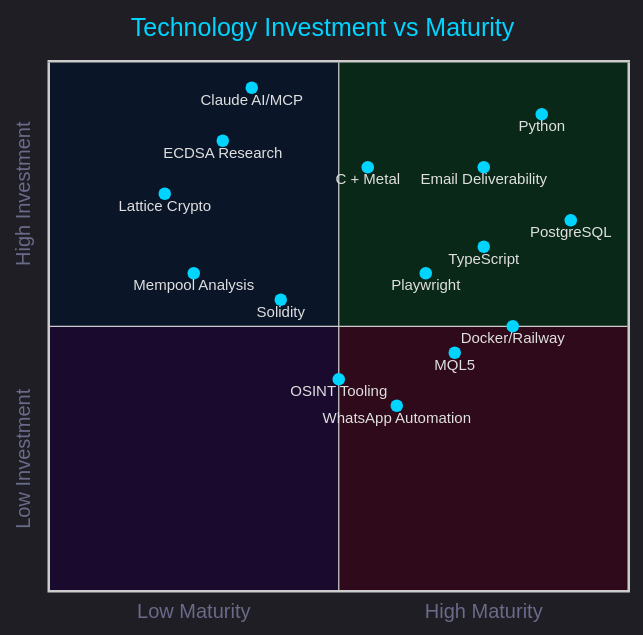
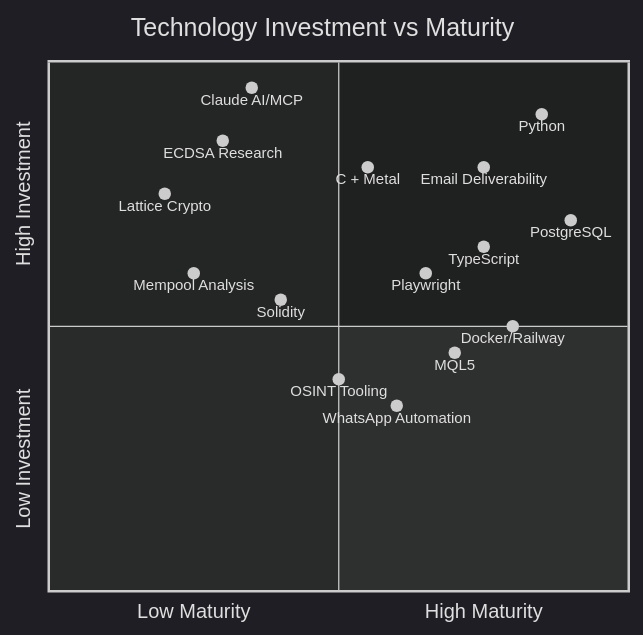
One commit to MatheusAgueda/MatheusAgueda changed the ninth of 16 diagrams in README.md. Above: the diagram before and after it, drawn with Mermaid. The commit also changed other lines of this file, not shown here.

First line of the commit message:
fix: remove dark classDef fills + replace block-beta — fix Mermaid rendering bugs

````diff
--- a/README.md
+++ b/README.md
@@ -790,23 +776,23 @@
 ```mermaid
-%%{init: {'theme': 'dark', 'themeVariables': {'quadrant1Fill': '#0a2818', 'quadrant2Fill': '#0a1628', 'quadrant3Fill': '#1a0a2e', 'quadrant4Fill': '#2e0a1a', 'quadrant1TextFill': '#00ff41', 'quadrant2TextFill': '#00D4FF', 'quadrant3TextFill': '#BD00FF', 'quadrant4TextFill': '#FF2D95', 'quadrantPointFill': '#00D4FF', 'quadrantPointTextFill': '#e0e0e0', 'quadrantXAxisTextFill': '#6a6a8a', 'quadrantYAxisTextFill': '#6a6a8a', 'quadrantTitleFill': '#00D4FF'}}}%%
+%%{init: {'theme': 'dark'}}%%
 quadrantChart
     title Technology Investment vs Maturity
     x-axis Low Maturity --> High Maturity
     y-axis Low Investment --> High Investment
 
     Python: [0.85, 0.90]
     TypeScript: [0.75, 0.65]
     C + Metal: [0.55, 0.80]
     MQL5: [0.70, 0.45]
     Solidity: [0.40, 0.55]
     PostgreSQL: [0.90, 0.70]
     Claude AI/MCP: [0.35, 0.95]
     Playwright: [0.65, 0.60]
     Docker/Railway: [0.80, 0.50]
     ECDSA Research: [0.30, 0.85]
     Lattice Crypto: [0.20, 0.75]
     Mempool Analysis: [0.25, 0.60]
     Email Deliverability: [0.75, 0.80]
     OSINT Tooling: [0.50, 0.40]
     WhatsApp Automation: [0.60, 0.35]
 ```
````
